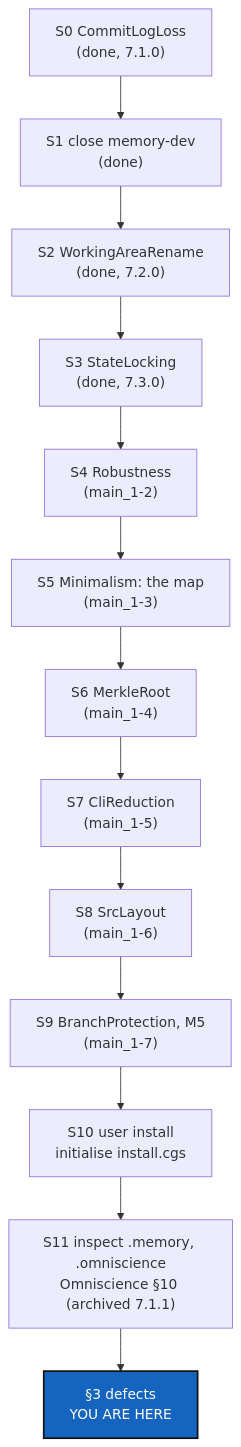
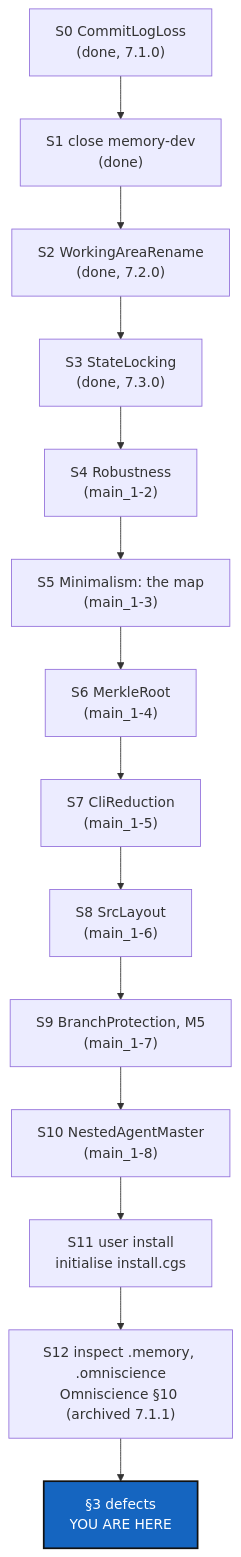
One commit to flipoyo/.dev changed the diagram in DevTickets/openTickets/main_1-1_BeforeBeta_DevPlanTicket.md. Above: the diagram before and after it, drawn with Mermaid. The commit also changed other lines of this file and 3 other files, not shown here.

````diff
--- a/DevTickets/openTickets/main_1-1_BeforeBeta_DevPlanTicket.md
+++ b/DevTickets/openTickets/main_1-1_BeforeBeta_DevPlanTicket.md
@@ -129,18 +137,19 @@
 ```mermaid
 graph TD
     S0["S0 CommitLogLoss<br/>(done, 7.1.0)"] --> S1["S1 close memory-dev<br/>(done)"]
     S1 --> S2["S2 WorkingAreaRename<br/>(done, 7.2.0)"]
     S2 --> S3["S3 StateLocking<br/>(done, 7.3.0)"]
     S3 --> S4["S4 Robustness<br/>(main_1-2)"]
     S4 --> S5["S5 Minimalism: the map<br/>(main_1-3)"]
     S5 --> S6["S6 MerkleRoot<br/>(main_1-4)"]
     S6 --> S7["S7 CliReduction<br/>(main_1-5)"]
     S7 --> S8["S8 SrcLayout<br/>(main_1-6)"]
     S8 --> S9["S9 BranchProtection, M5<br/>(main_1-7)"]
-    S9 --> S10["S10 user install<br/>initialise install.cgs"]
-    S10 --> S11["S11 inspect .memory, .omniscience<br/>Omniscience §10 (archived 7.1.1)"]
-    S11 --> R["§3 defects<br/>YOU ARE HERE"]
+    S9 --> S10["S10 NestedAgentMaster<br/>(main_1-8)"]
+    S10 --> S11["S11 user install<br/>initialise install.cgs"]
+    S11 --> S12["S12 inspect .memory, .omniscience<br/>Omniscience §10 (archived 7.1.1)"]
+    S12 --> R["§3 defects<br/>YOU ARE HERE"]
 
     classDef here fill:#1565C0,color:#fff,stroke:#111,stroke-width:2px;
     class R here;
 ```
````
